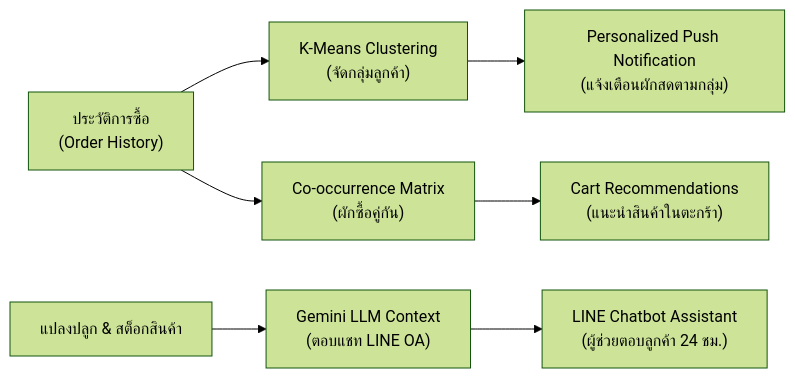
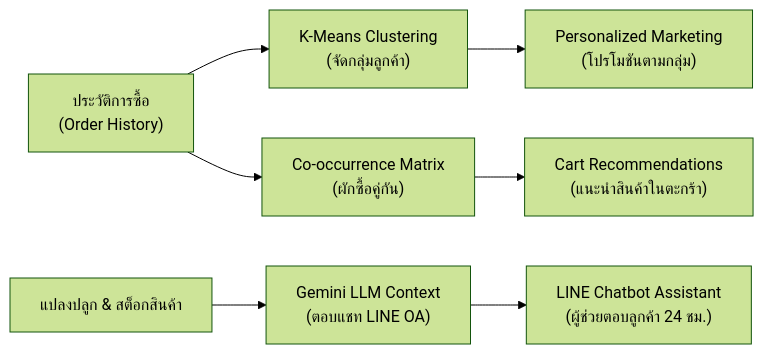
The diagram in README.md (IsmeHim/farm-gap), drawn with Mermaid (forest theme) before and after one commit. The commit also changed other lines of this file and 34 other files, not shown here.

````diff
--- a/README.md
+++ b/README.md
@@ -50,10 +97,10 @@
 ```mermaid
 flowchart LR
     A["ประวัติการซื้อ\n(Order History)"] --> B["K-Means Clustering\n(จัดกลุ่มลูกค้า)"]
     A --> C["Co-occurrence Matrix\n(ผักซื้อคู่กัน)"]
     D["แปลงปลูก & สต็อกสินค้า"] --> E["Gemini LLM Context\n(ตอบแชท LINE OA)"]
     
-    B --> F["Personalized Push Notification\n(แจ้งเตือนผักสดตามกลุ่ม)"]
+    B --> F["Personalized Marketing\n(โปรโมชันตามกลุ่ม)"]
     C --> G["Cart Recommendations\n(แนะนำสินค้าในตะกร้า)"]
     E --> H["LINE Chatbot Assistant\n(ผู้ช่วยตอบลูกค้า 24 ชม.)"]
 ```
````
